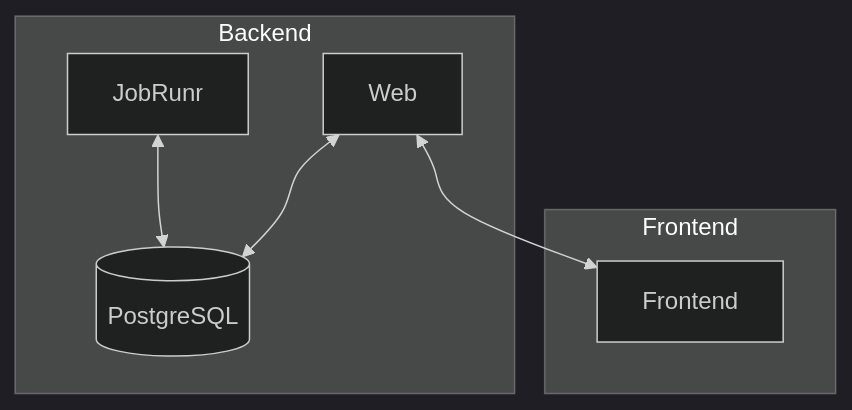
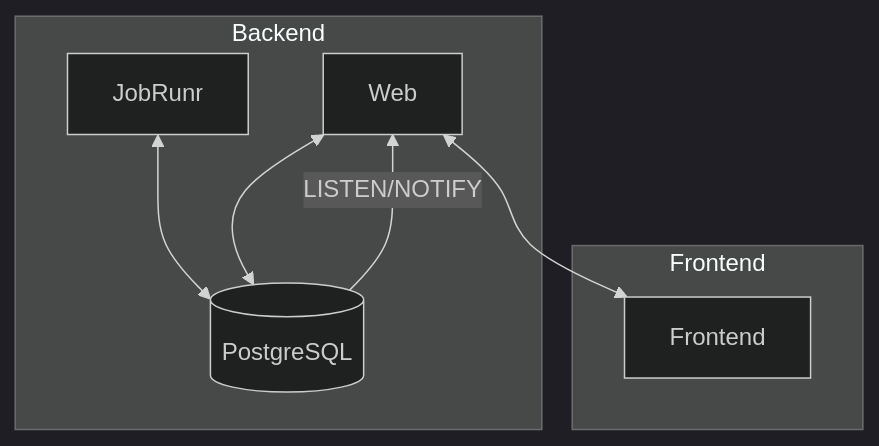
Before and after one commit to mangila/fibonacci: the diagram in java/README.md, drawn with Mermaid (dark theme). The commit also changed other lines of this file and 15 other files, not shown here.

````diff
--- a/java/README.md
+++ b/java/README.md
@@ -48,19 +52,20 @@
 ```mermaid
 graph TD
     subgraph "Backend"
         Web[Web]
         Scheduler[JobRunr]
         Scheduler[JobRunr]
         DB[(PostgreSQL)]
     end
 
     subgraph "Frontend"
         Client[Frontend]
     end
 
     Scheduler <--> DB
     Web <--> DB
+    DB -- LISTEN/NOTIFY --> Web
     Web <--> Client
 
 
 ```
````
